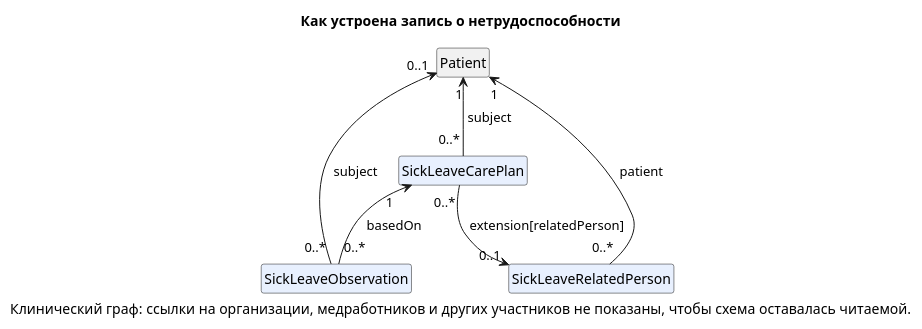
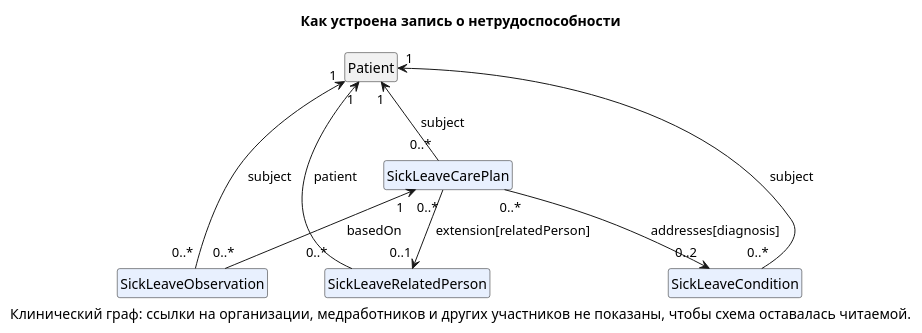
Before and after one commit to uzinfocom-org/digital-health-integration: the diagram in input/images-source/sick-leave-model-ru.plantuml, drawn with PlantUML. The commit also changed 61 other files, not shown here.

First line of the commit message:
feat: align sick leave CarePlan model with DHP sick leave API v3

```diff
--- a/input/images-source/sick-leave-model-ru.plantuml
+++ b/input/images-source/sick-leave-model-ru.plantuml
@@ -1,19 +1,22 @@
 @startuml sick-leave-model-ru
 hide circle
 hide empty members
 title Как устроена запись о нетрудоспособности
 
 class Patient [[https://dhp.uz/fhir/core/StructureDefinition-uz-core-patient.html{Открыть профиль UZ Core Patient}]]
 class SickLeaveCarePlan [[StructureDefinition-sick-leave-careplan.html{Открыть профиль SickLeaveCarePlan}]] #E8F0FE
 class SickLeaveObservation [[StructureDefinition-sick-leave-observation.html{Открыть профиль SickLeaveObservation}]] #E8F0FE
+class SickLeaveCondition [[StructureDefinition-sick-leave-condition.html{Открыть профиль SickLeaveCondition}]] #E8F0FE
 class SickLeaveRelatedPerson [[StructureDefinition-sick-leave-related-person.html{Открыть профиль SickLeaveRelatedPerson}]] #E8F0FE
 
 Patient "1" <-- "0..*" SickLeaveCarePlan : « subject »
-Patient "0..1" <-- "0..*" SickLeaveObservation : « subject »
+Patient "1" <-- "0..*" SickLeaveObservation : « subject »
 Patient "1" <-- "0..*" SickLeaveRelatedPerson : « patient »
+Patient "1" <-- "0..*" SickLeaveCondition : « subject »
 SickLeaveCarePlan "1" <-- "0..*" SickLeaveObservation : « basedOn »
+SickLeaveCarePlan "0..*" --> "0..2" SickLeaveCondition : « addresses[diagnosis] »
 SickLeaveCarePlan "0..*" --> "0..1" SickLeaveRelatedPerson : « extension[relatedPerson] »
 
 caption Клинический граф: ссылки на организации, медработников и других участников не показаны, чтобы схема оставалась читаемой.
 
 @enduml
```
